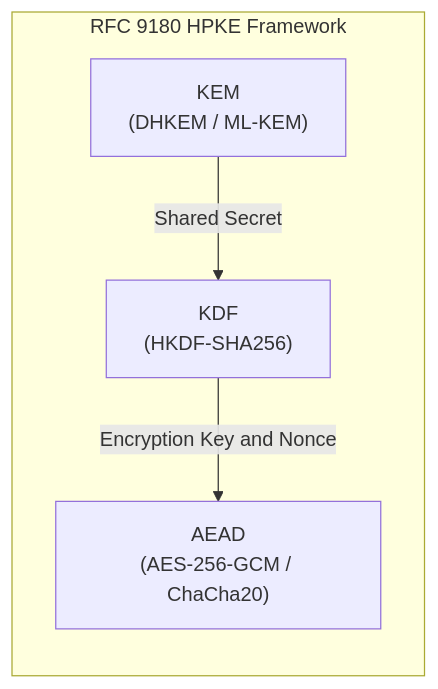
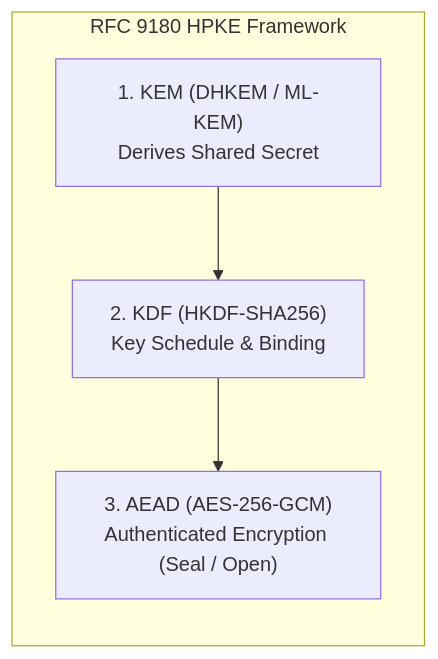
The second of 2 diagrams in docs/en/02-modern-hpke/index.md (auking45/applied-pqc-lab), drawn with Mermaid before and after one commit. The commit also changed other lines of this file and 9 other files, not shown here.

First line of the commit message:
feat(hpke): add RFC 9180 HPKE architecture docs and 4-language Base mode examples

````diff
--- a/docs/en/02-modern-hpke/index.md
+++ b/docs/en/02-modern-hpke/index.md
@@ -6,8 +35,7 @@
 ```mermaid
 flowchart LR
     subgraph HPKE["RFC 9180 HPKE Framework"]
-        direction TB
-        KEM["KEM<br>(DHKEM / ML-KEM)"] -->|"Shared Secret"| KDF["KDF<br>(HKDF-SHA256)"]
-        KDF -->|"Encryption Key and Nonce"| AEAD["AEAD<br>(AES-256-GCM / ChaCha20)"]
+        KEM["1. KEM (DHKEM / ML-KEM)<br>Derives Shared Secret"] --> KDF["2. KDF (HKDF-SHA256)<br>Key Schedule & Binding"]
+        KDF --> AEAD["3. AEAD (AES-256-GCM)<br>Authenticated Encryption (Seal / Open)"]
     end
 ```
````
